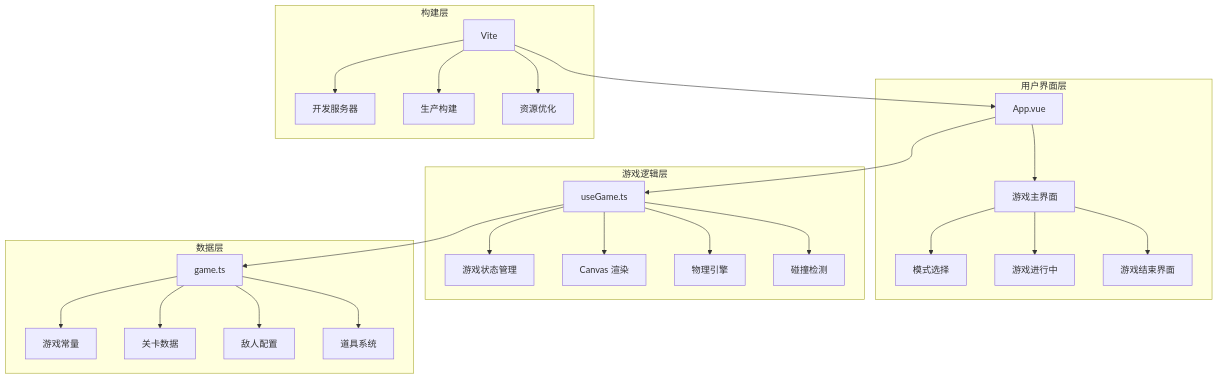
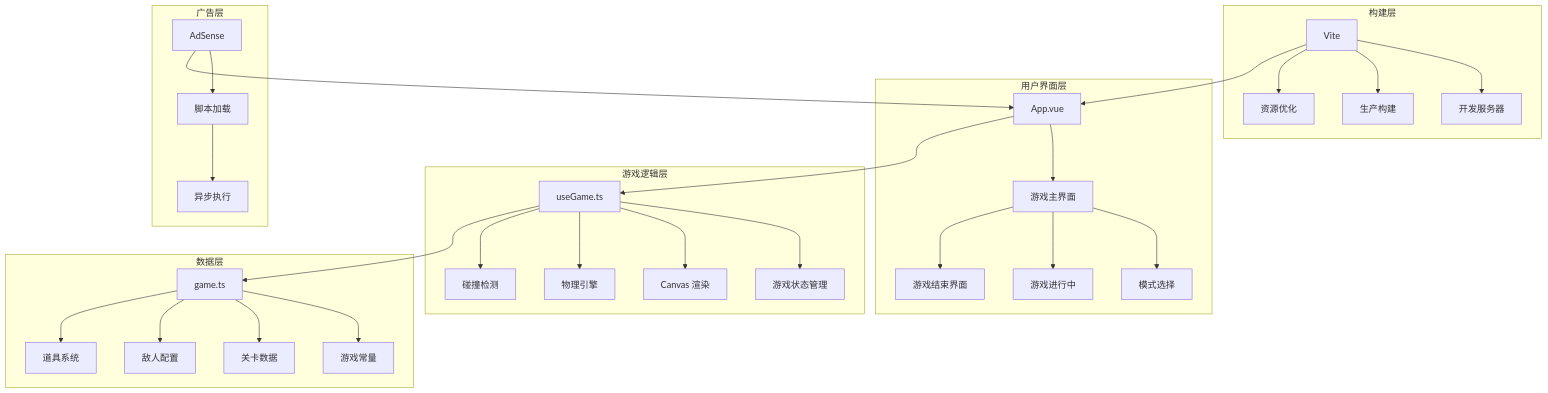
The fourth of 21 diagrams in .qoder/repowiki/zh/content/部署指南.md (mrancc/reimagined-journey), drawn with Mermaid before and after one commit. The commit also changed other lines of this file and 3 other files, not shown here.

````diff
--- a/.qoder/repowiki/zh/content/部署指南.md
+++ b/.qoder/repowiki/zh/content/部署指南.md
@@ -137,29 +153,34 @@
 ```mermaid
 graph TB
 subgraph "用户界面层"
 A[App.vue] --> B[游戏主界面]
 B --> C[模式选择]
 B --> D[游戏进行中]
 B --> E[游戏结束界面]
 end
 subgraph "游戏逻辑层"
 F[useGame.ts] --> G[游戏状态管理]
 F --> H[Canvas 渲染]
 F --> I[物理引擎]
 F --> J[碰撞检测]
 end
 subgraph "数据层"
 K[game.ts] --> L[游戏常量]
 K --> M[关卡数据]
 K --> N[敌人配置]
 K --> O[道具系统]
 end
 subgraph "构建层"
 P[Vite] --> Q[开发服务器]
 P --> R[生产构建]
 P --> S[资源优化]
 end
+subgraph "广告层"
+T[AdSense] --> U[脚本加载]
+U --> V[异步执行]
+end
 A --> F
 F --> K
 P --> A
+T --> A
 ```
````
